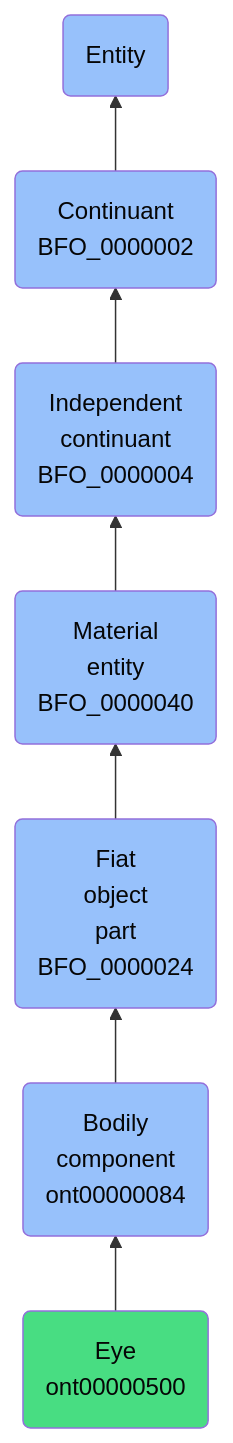
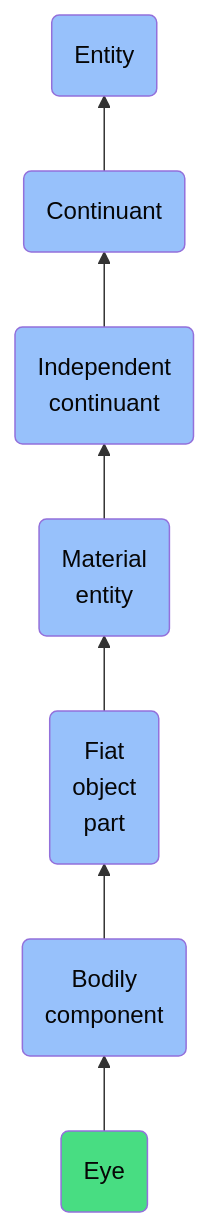
The diagram in docs/ontology/reference/model/Entity/Continuant/Independent continuant/Material entity/Fiat object part/Bodily component/Eye/Eye.md (jupyter-naas/abi), drawn with Mermaid before and after one commit. The commit also changed other lines of this file and 1430 other files, not shown here.

````diff
--- a/docs/ontology/reference/model/Entity/Continuant/Independent continuant/Material entity/Fiat object part/Bodily component/Eye/Eye.md
+++ b/docs/ontology/reference/model/Entity/Continuant/Independent continuant/Material entity/Fiat object part/Bodily component/Eye/Eye.md
@@ -24,14 +24,14 @@
 ```mermaid
 graph BT
-    ont00000500(Eye<br>ont00000500):::ABI-->ont00000084
-    ont00000084(Bodily<br>component<br>ont00000084):::BFO-->BFO_0000024
-    BFO_0000024(Fiat<br>object<br>part<br>BFO_0000024):::BFO-->BFO_0000040
-    BFO_0000040(Material<br>entity<br>BFO_0000040):::BFO-->BFO_0000004
-    BFO_0000004(Independent<br>continuant<br>BFO_0000004):::BFO-->BFO_0000002
-    BFO_0000002(Continuant<br>BFO_0000002):::BFO-->BFO_0000001
+    ont00000500(Eye):::ABI-->ont00000084
+    ont00000084(Bodily<br>component):::BFO-->BFO_0000024
+    BFO_0000024(Fiat<br>object<br>part):::BFO-->BFO_0000040
+    BFO_0000040(Material<br>entity):::BFO-->BFO_0000004
+    BFO_0000004(Independent<br>continuant):::BFO-->BFO_0000002
+    BFO_0000002(Continuant):::BFO-->BFO_0000001
     BFO_0000001(Entity):::BFO
     
     classDef BFO fill:#97c1fb,color:#060606
     classDef CCO fill:#e4c51e,color:#060606
     classDef ABI fill:#48DD82,color:#060606
 ```
````
